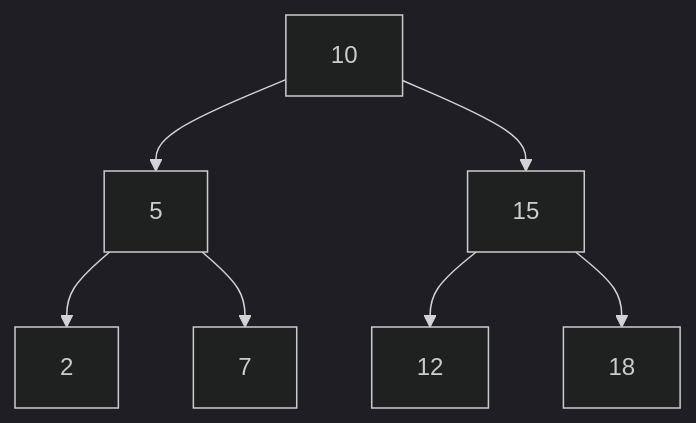
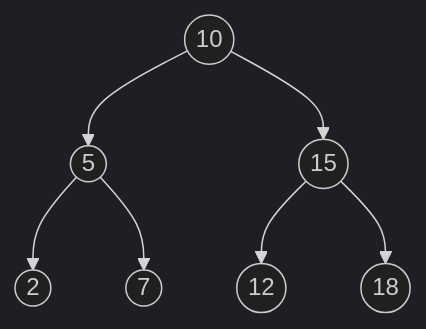
One commit to 3strategy/BeautifulMivney changed the fourth of 11 diagrams in cst/6binnode/Ex6a3binnode.md. Above: the diagram before and after it, drawn with Mermaid (dark theme). The commit also changed other lines of this file and 3 other files, not shown here.

````diff
--- a/cst/6binnode/Ex6a3binnode.md
+++ b/cst/6binnode/Ex6a3binnode.md
@@ -107,9 +107,9 @@
     ```mermaid
     flowchart TB
-      A[10] --> B[5]
-      A --> C[15]
-      B --> D[2]:::leaf
-      B --> E[7]:::leaf
-      C --> F[12]:::leaf
-      C --> G[18]:::leaf
+      A((10)) --> B((5))
+      A --> C((15))
+      B --> D((2)):::leaf
+      B --> E((7)):::leaf
+      C --> F((12)):::leaf
+      C --> G((18)):::leaf
     ```
````
